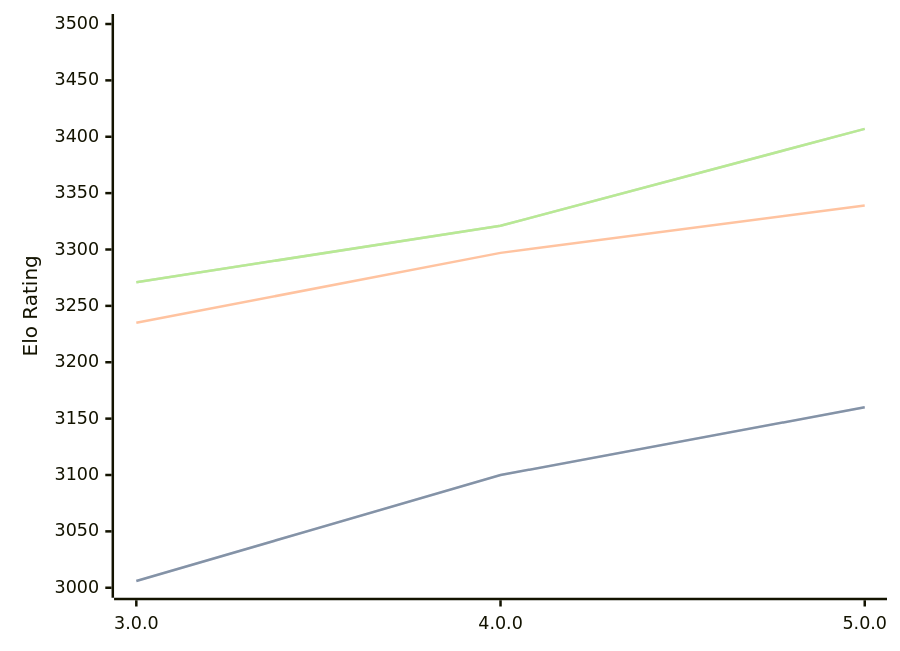
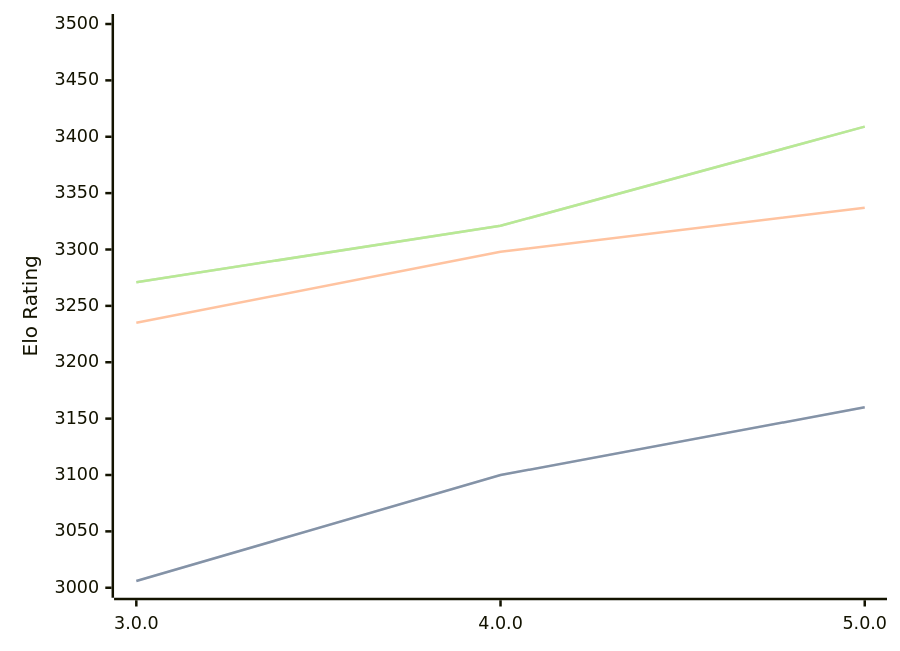
One commit to computer-chess-index/cci changed the diagram in engines/Minke.md. Above: the diagram before and after it, drawn with Mermaid. The commit also changed other lines of this file, not shown here.

Commit message:
Update CCI Ratings (ELO VLTC) - 2026-04-03

````diff
--- a/engines/Minke.md
+++ b/engines/Minke.md
@@ -35,11 +35,11 @@
 ```mermaid
 %%{init: {"theme":"base","themeVariables":{"seriesColors:['#a3a3a3','#222221','#faa371']}}}%%
 xychart-beta
   x-axis ["3.0.0", "4.0.0", "5.0.0"]
   y-axis "Elo Rating" 3000 --> 3500
   line "STC (8.0+0.08s)" [3006, 3100, 3160]
   line "STC (8.0+0.08s)" [3006, 3100, 3160]
-  line "LTC (60.0+0.60s)" [3235, 3297, 3339]
-  line "VLTC (2m24s+1.12s)" [3271, 3321, 3407]
-  line "VLTC (2m24s+1.12s)" [3271, 3321, 3407]
+  line "LTC (60.0+0.60s)" [3235, 3298, 3337]
+  line "VLTC (2m24s+1.12s)" [3271, 3321, 3409]
+  line "VLTC (2m24s+1.12s)" [3271, 3321, 3409]
 ```
````
